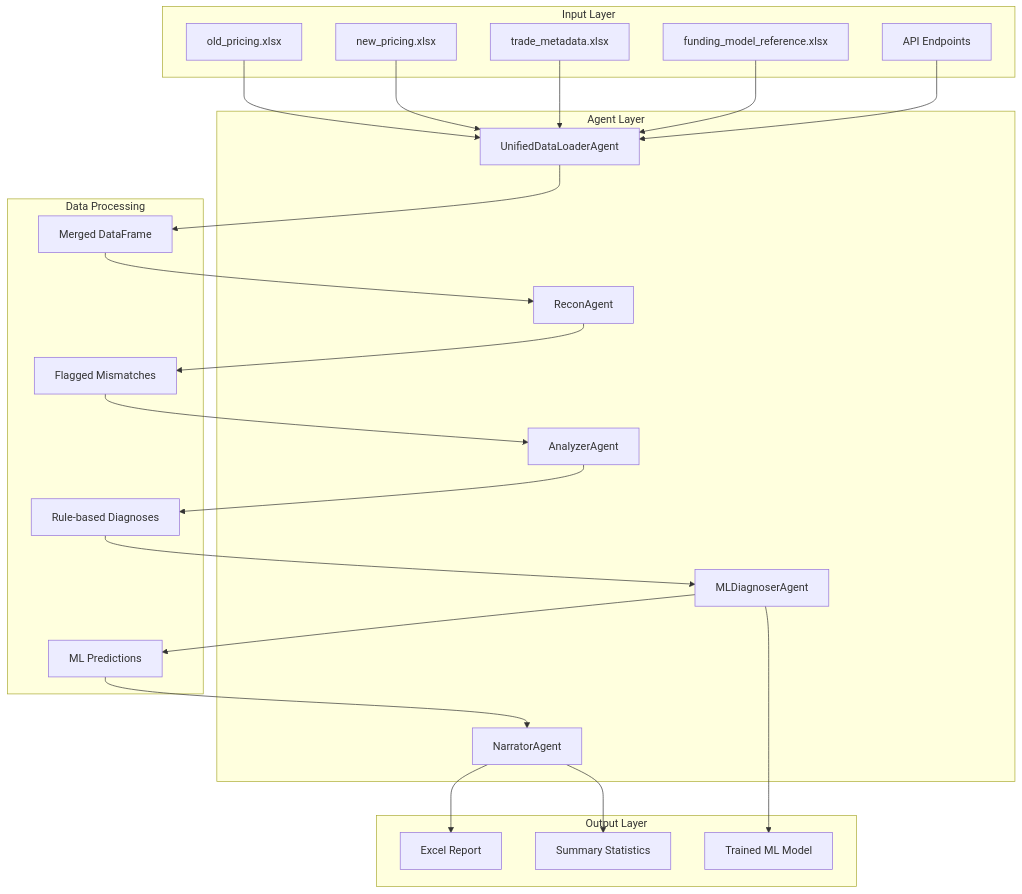
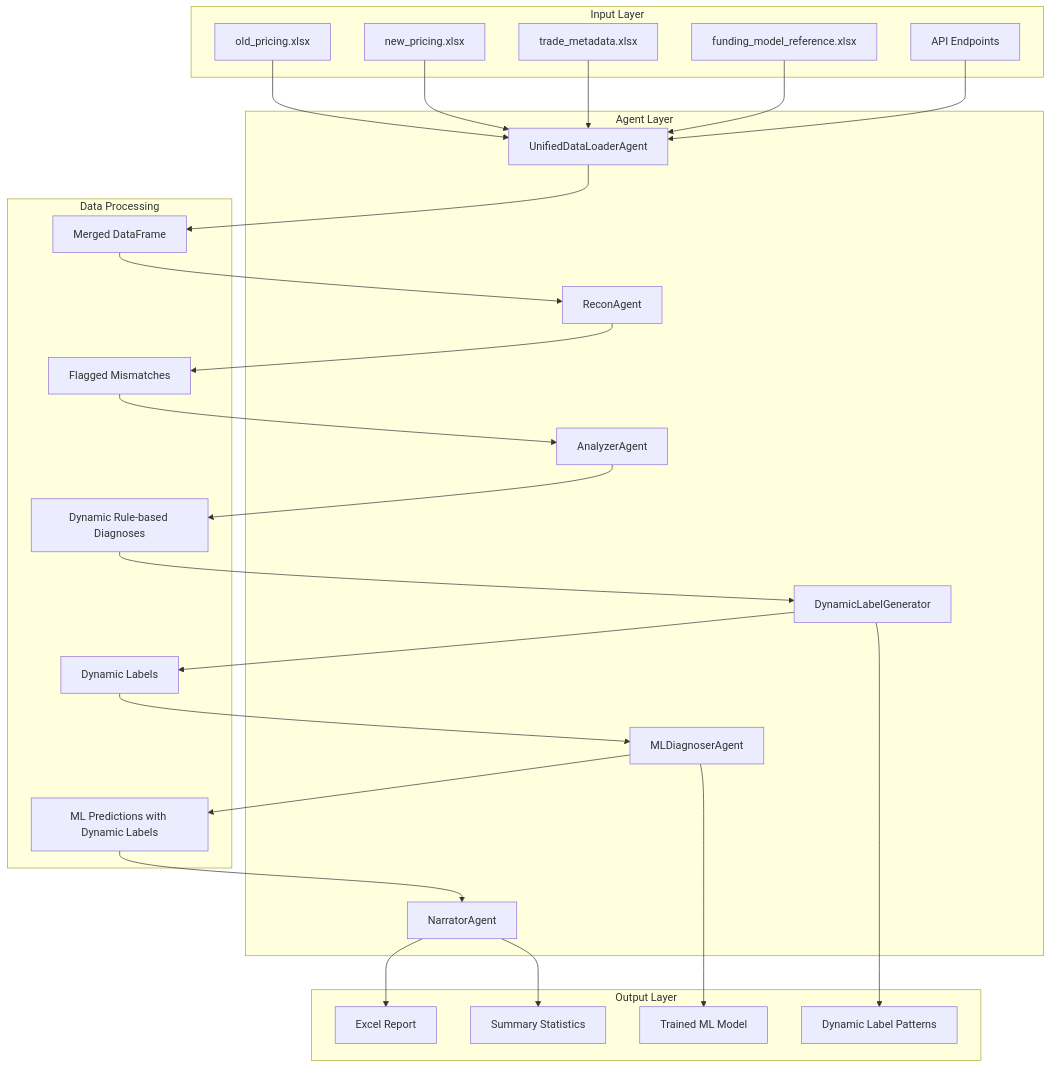
The first of 3 diagrams in docs/ARCHITECTURE.md (ksmadhavareddy/recon-ai), drawn with Mermaid before and after one commit. The commit also changed other lines of this file and 14 other files, not shown here.

````diff
--- a/docs/ARCHITECTURE.md
+++ b/docs/ARCHITECTURE.md
@@ -9,48 +9,54 @@
 ```mermaid
 graph TB
     subgraph "Input Layer"
         A[old_pricing.xlsx]
         B[new_pricing.xlsx]
         C[trade_metadata.xlsx]
         D[funding_model_reference.xlsx]
         E[API Endpoints]
     end
     
     subgraph "Agent Layer"
         F[UnifiedDataLoaderAgent]
         G[ReconAgent]
         H[AnalyzerAgent]
-        I[MLDiagnoserAgent]
-        J[NarratorAgent]
+        I[DynamicLabelGenerator]
+        J[MLDiagnoserAgent]
+        K[NarratorAgent]
     end
     
     subgraph "Data Processing"
-        K[Merged DataFrame]
-        L[Flagged Mismatches]
-        M[Rule-based Diagnoses]
-        N[ML Predictions]
+        L[Merged DataFrame]
+        M[Flagged Mismatches]
+        N[Dynamic Rule-based Diagnoses]
+        O[Dynamic Labels]
+        P[ML Predictions with Dynamic Labels]
     end
     
     subgraph "Output Layer"
-        O[Excel Report]
-        P[Trained ML Model]
-        Q[Summary Statistics]
+        Q[Excel Report]
+        R[Trained ML Model]
+        S[Summary Statistics]
+        T[Dynamic Label Patterns]
     end
     
     A --> F
     B --> F
     C --> F
     D --> F
     E --> F
-    F --> K
-    K --> G
-    G --> L
-    L --> H
-    H --> M
-    M --> I
-    I --> N
-    N --> J
-    J --> O
-    J --> Q
-    I --> P
+    F --> L
+    L --> G
+    G --> M
+    M --> H
+    H --> N
+    N --> I
+    I --> O
+    O --> J
+    J --> P
+    P --> K
+    K --> Q
+    K --> S
+    J --> R
+    I --> T
 ```
````
